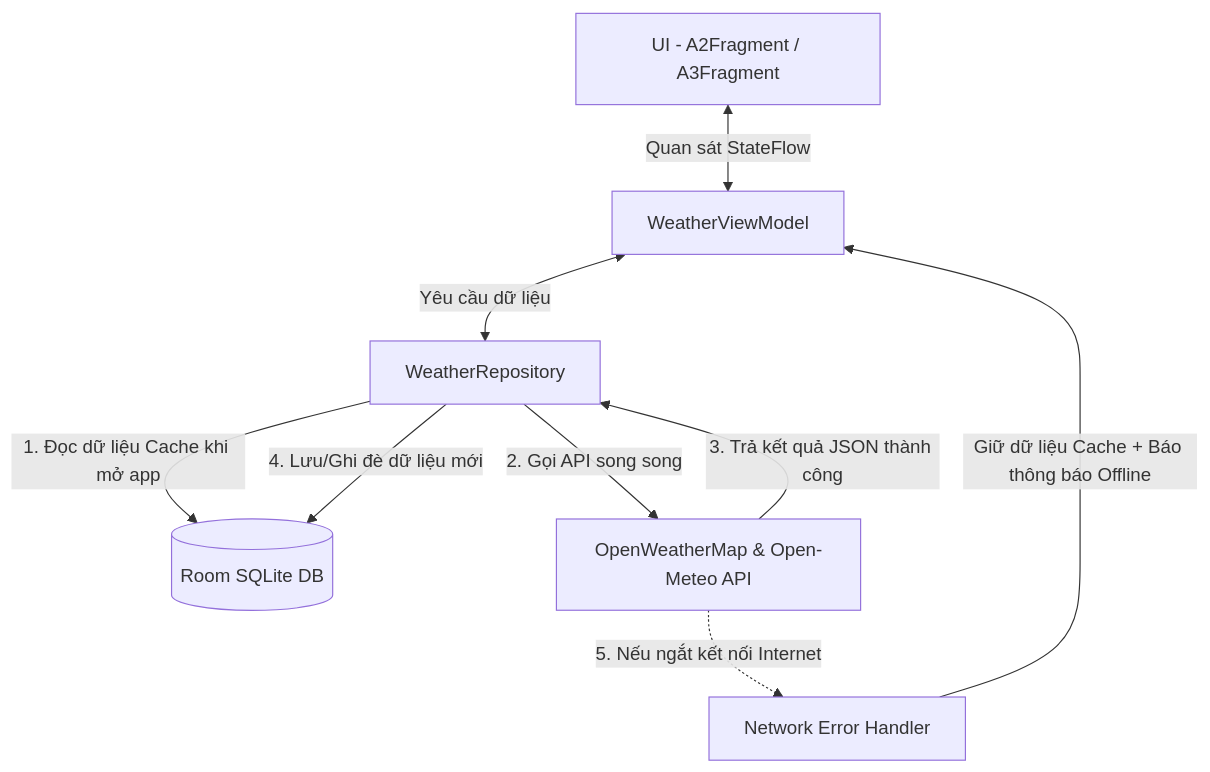
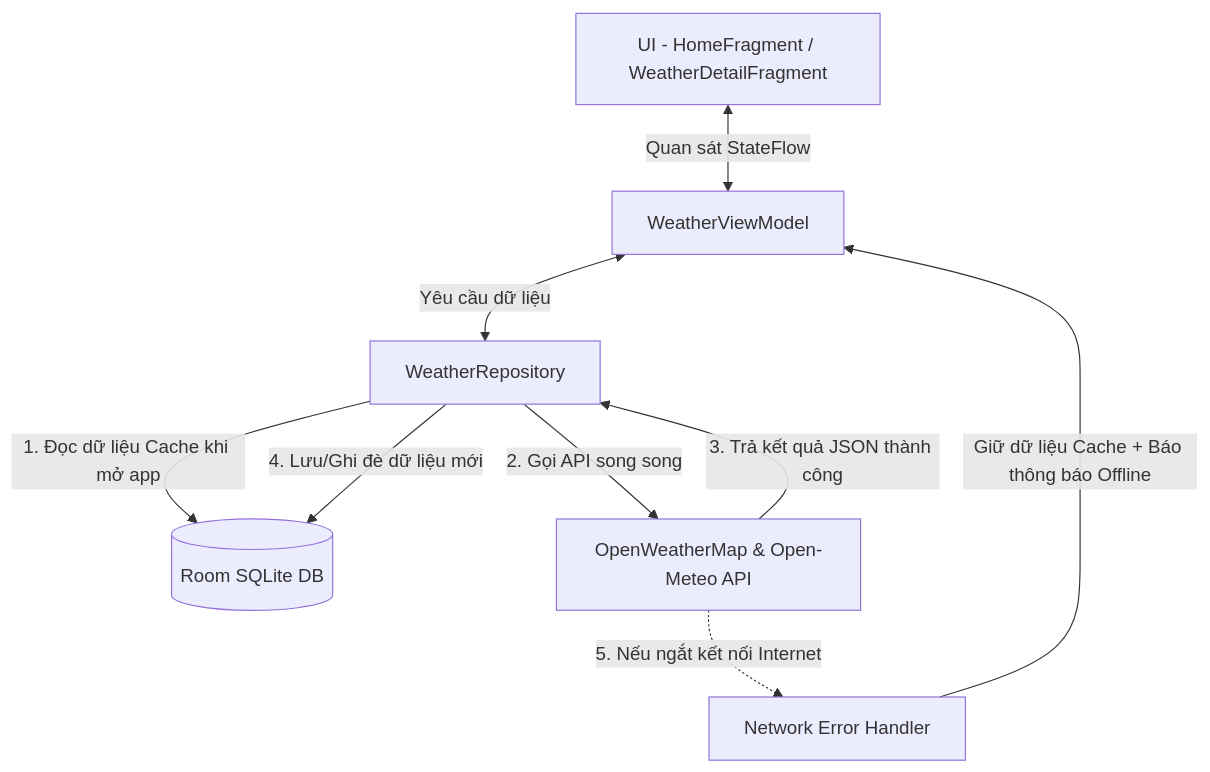
One commit to PhanVietA/WeatherForecast changed the first of 2 diagrams in README.md. Above: the diagram before and after it, drawn with Mermaid. The commit also changed other lines of this file and 2 other files, not shown here.

````diff
--- a/README.md
+++ b/README.md
@@ -43,11 +44,11 @@
 ```mermaid
 graph TD
-    UI[UI - A2Fragment / A3Fragment] <-->|Quan sát StateFlow| VM[WeatherViewModel]
+    UI[UI - HomeFragment / WeatherDetailFragment] <-->|Quan sát StateFlow| VM[WeatherViewModel]
     VM <-->|Yêu cầu dữ liệu| Repo[WeatherRepository]
     Repo -->|1. Đọc dữ liệu Cache khi mở app| RoomDB[(Room SQLite DB)]
     Repo -->|2. Gọi API song song| APIs[OpenWeatherMap & Open-Meteo API]
     APIs -->|3. Trả kết quả JSON thành công| Repo
     Repo -->|4. Lưu/Ghi đè dữ liệu mới| RoomDB
     APIs -.->|5. Nếu ngắt kết nối Internet| Err[Network Error Handler]
     Err -->|Giữ dữ liệu Cache + Báo thông báo Offline| VM
 ```
````
